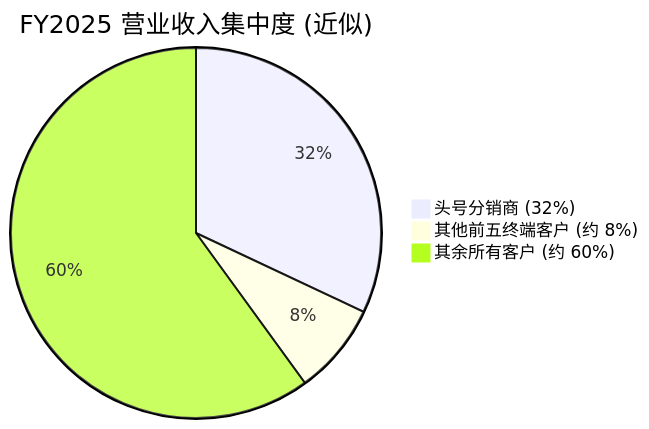
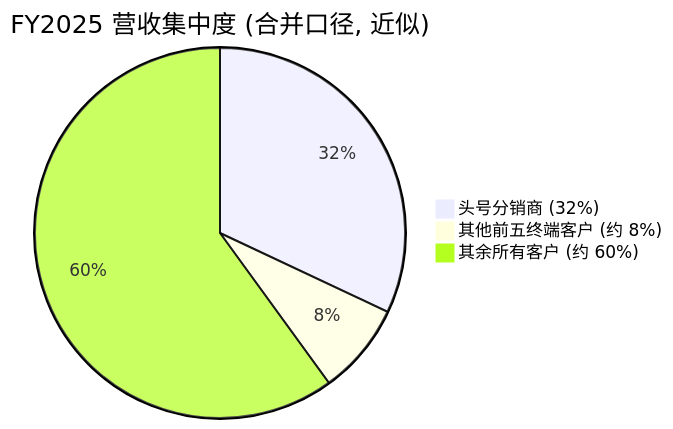
Before and after one commit to dadachundan/financial_agent: the third of 4 diagrams in reports/company/Broadcom_NASDAQ_AVGO/Broadcom_NASDAQ_AVGO_公司研究.md, drawn with Mermaid. The commit also changed other lines of this file, not shown here.

````diff
--- a/reports/company/Broadcom_NASDAQ_AVGO/Broadcom_NASDAQ_AVGO_公司研究.md
+++ b/reports/company/Broadcom_NASDAQ_AVGO/Broadcom_NASDAQ_AVGO_公司研究.md
@@ -180,6 +527,6 @@
 ```mermaid
-pie title FY2025 营业收入集中度 (近似)
+pie title FY2025 营收集中度 (合并口径, 近似)
     "头号分销商 (32%)" : 32
     "其他前五终端客户 (约 8%)" : 8
     "其余所有客户 (约 60%)" : 60
 ```
````
